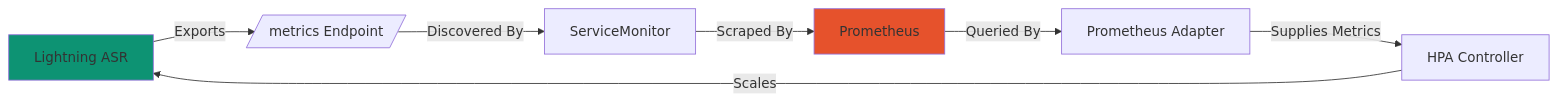
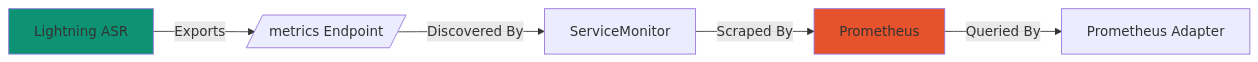
One commit to smallest-inc/smallest-ai-documentation changed the diagram in fern/products/waves/versions/v4.0.0/on-prem/kubernetes/autoscaling/metrics-setup.mdx. Above: the diagram before and after it, drawn with Mermaid. The commit also changed other lines of this file, not shown here.

First line of the commit message:
docs: sync metrics-setup versions/ copy with updated metrics

````diff
--- a/fern/products/waves/versions/v4.0.0/on-prem/kubernetes/autoscaling/metrics-setup.mdx
+++ b/fern/products/waves/versions/v4.0.0/on-prem/kubernetes/autoscaling/metrics-setup.mdx
@@ -12,12 +18,10 @@
 ```mermaid
 graph LR
     ASR[Lightning ASR] -->|Exports| Metrics
     Metrics[/metrics Endpoint/] -->|Discovered By| SM[ServiceMonitor]
     SM -->|Scraped By| Prom[Prometheus]
     Prom -->|Queried By| Adapter[Prometheus Adapter]
-    Adapter -->|Supplies Metrics| HPA[HPA Controller]
-    HPA -->|Scales| ASR
 
     style Prom fill:#E6522C
     style ASR fill:#0D9373
 ```
````
